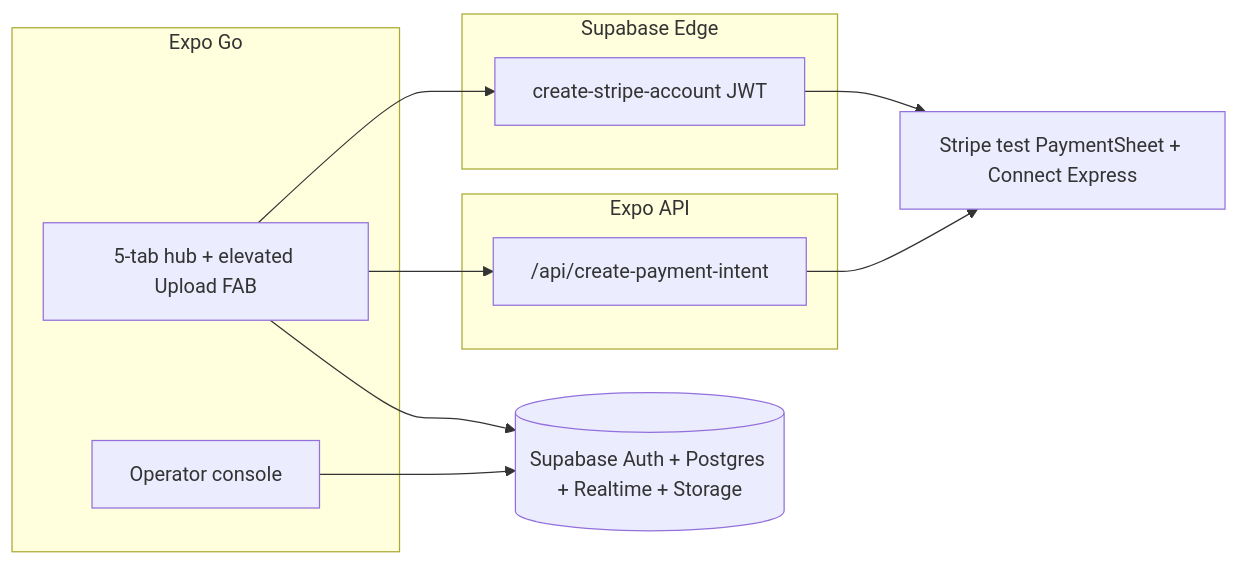
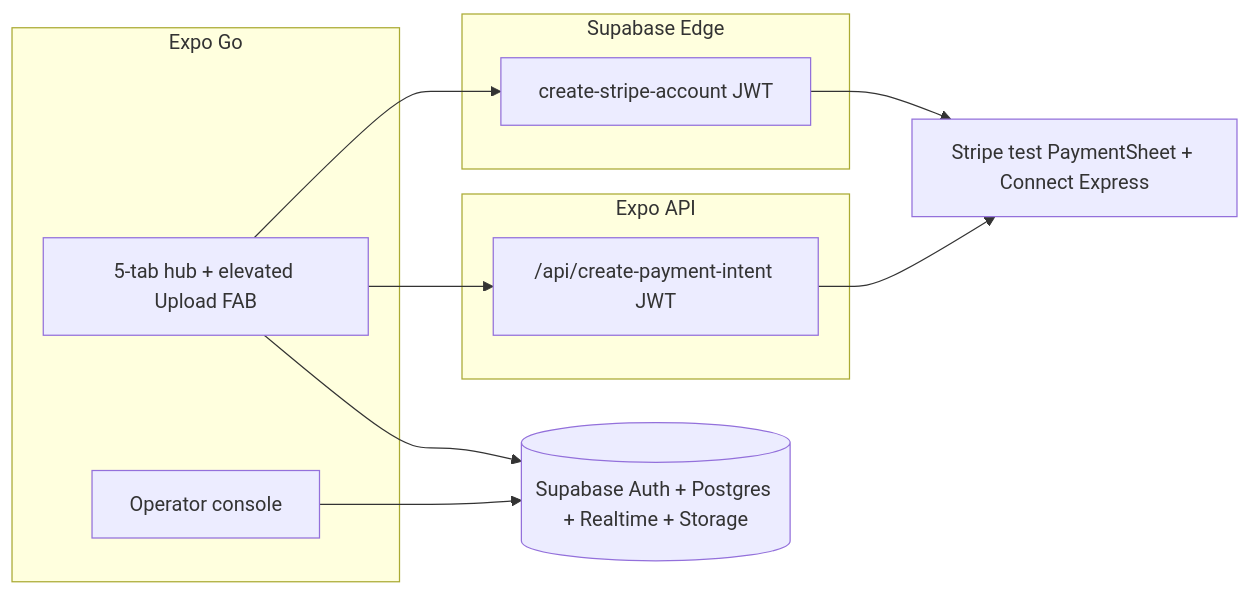
One commit to logoitino/ala changed the diagram in DOCUMENTATION.md. Above: the diagram before and after it, drawn with Mermaid. The commit also changed other lines of this file and 18 other files, not shown here.

First line of the commit message:
Harden Stripe PaymentIntent and payout JWT gates (#1)

````diff
--- a/DOCUMENTATION.md
+++ b/DOCUMENTATION.md
@@ -39,19 +39,19 @@
 ```mermaid
 flowchart LR
   subgraph client [Expo Go]
     Tabs[5-tab hub + elevated Upload FAB]
     Ops[Operator console]
   end
   subgraph api [Expo API]
-    PI["/api/create-payment-intent"]
+    PI["/api/create-payment-intent JWT"]
   end
   subgraph edge [Supabase Edge]
     CA["create-stripe-account JWT"]
   end
   SB[(Supabase Auth + Postgres + Realtime + Storage)]
   Stripe[Stripe test PaymentSheet + Connect Express]
   Tabs --> SB
   Ops --> SB
   Tabs --> PI --> Stripe
   Tabs --> CA --> Stripe
 ```
````
